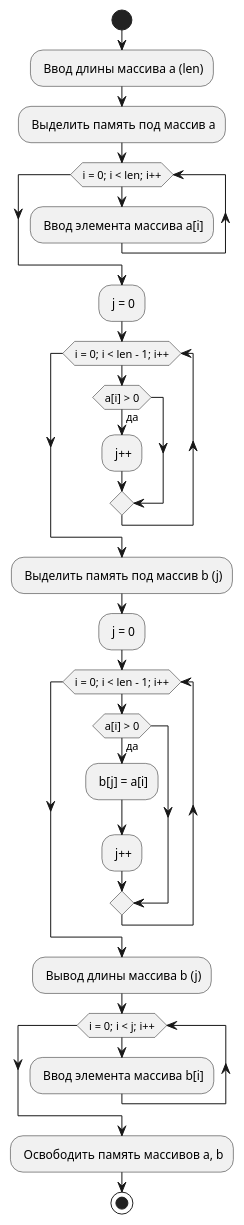
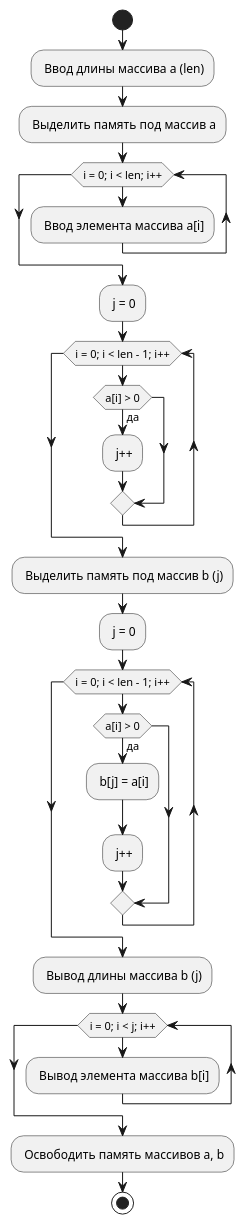
Before and after one commit to ermakov0/ivt-cpp: the diagram in uml/05-example4.puml, drawn with PlantUML. The commit also changed 14 other files, not shown here.

```diff
--- a/uml/05-example4.puml
+++ b/uml/05-example4.puml
@@ -1,30 +1,30 @@
 @startuml 05-example4
 start
 - Ввод длины массива a (len)
 - Выделить память под массив a
 while (i = 0; i < len; i++)
     - Ввод элемента массива a[i]
 endwhile
 - j = 0
 while (i = 0; i < len - 1; i++)
     if (a[i] > 0) then
     else (да)
     - j++
     endif
 endwhile
 - Выделить память под массив b (j)
 - j = 0
 while (i = 0; i < len - 1; i++)
     if (a[i] > 0) then
     else (да)
     - b[j] = a[i]
     - j++
     endif
 endwhile
 - Вывод длины массива b (j)
 while (i = 0; i < j; i++)
-    - Ввод элемента массива b[i]
+    - Вывод элемента массива b[i]
 endwhile
 - Освободить память массивов a, b
 stop
 @enduml
```
